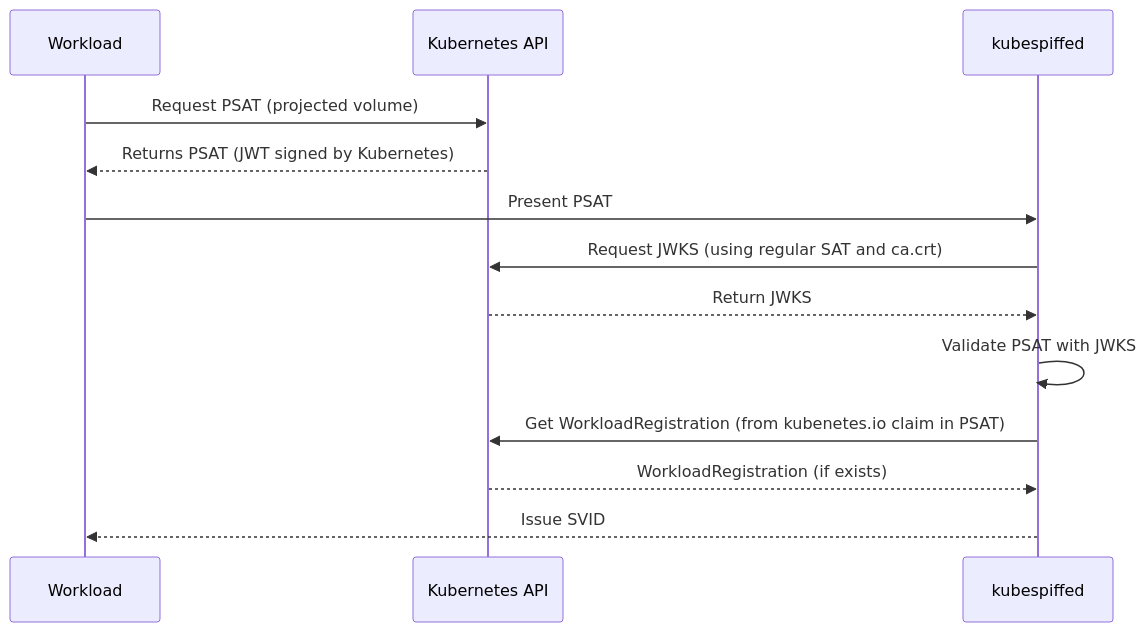
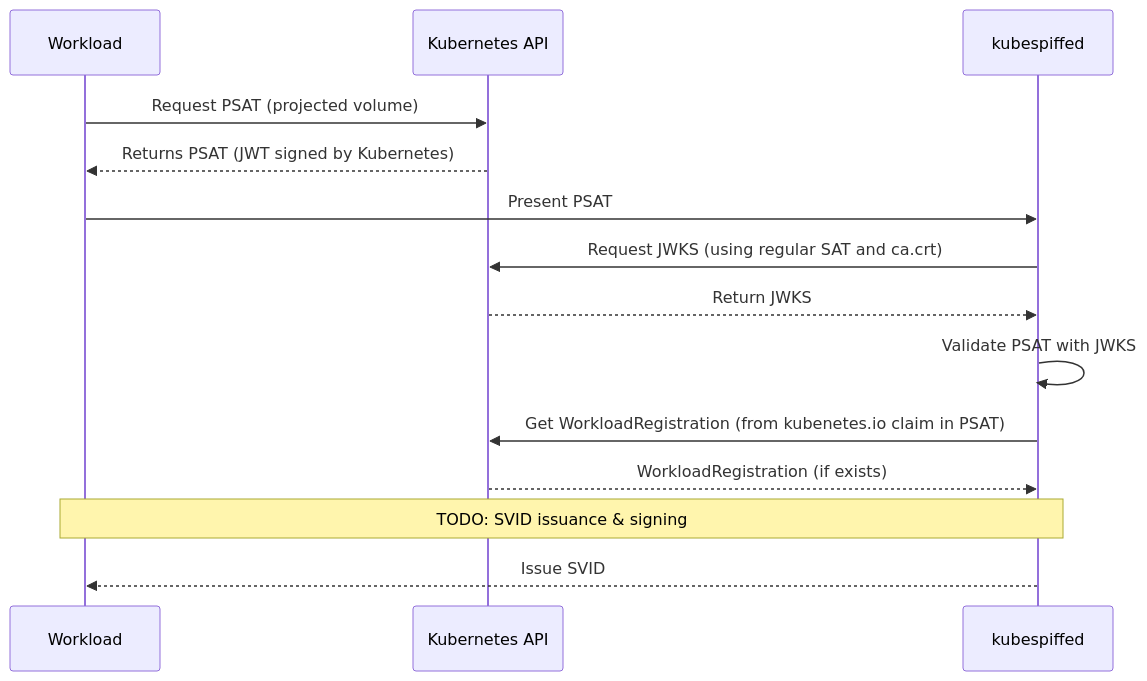
Before and after one commit to jsnctl/kubespiffe: the diagram in README.md, drawn with Mermaid.

Commit message:
Adds note on WIP

````diff
--- a/README.md
+++ b/README.md
@@ -20,19 +20,20 @@
 ```mermaid
 sequenceDiagram
     participant W as Workload
     participant K8S as Kubernetes API
     participant KS as kubespiffed
 
     W->>K8S: Request PSAT (projected volume)
     K8S-->>W: Returns PSAT (JWT signed by Kubernetes)
     
     W->>KS: Present PSAT
     KS->>K8S: Request JWKS (using regular SAT and ca.crt)
     K8S-->>KS: Return JWKS
     KS->>KS: Validate PSAT with JWKS
 
     KS->>K8S: Get WorkloadRegistration (from kubenetes.io claim in PSAT)
     K8S-->>KS: WorkloadRegistration (if exists)
 
+    Note over KS,W: TODO: SVID issuance & signing 
     KS-->>W: Issue SVID
 ```
````
